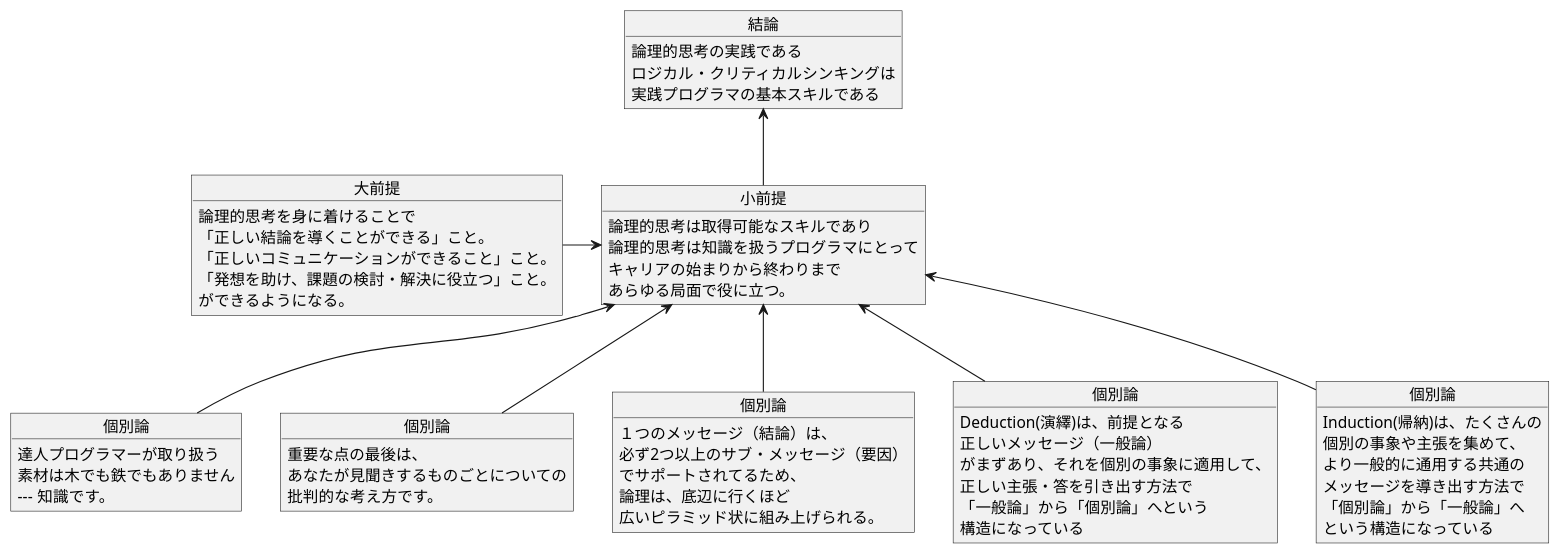
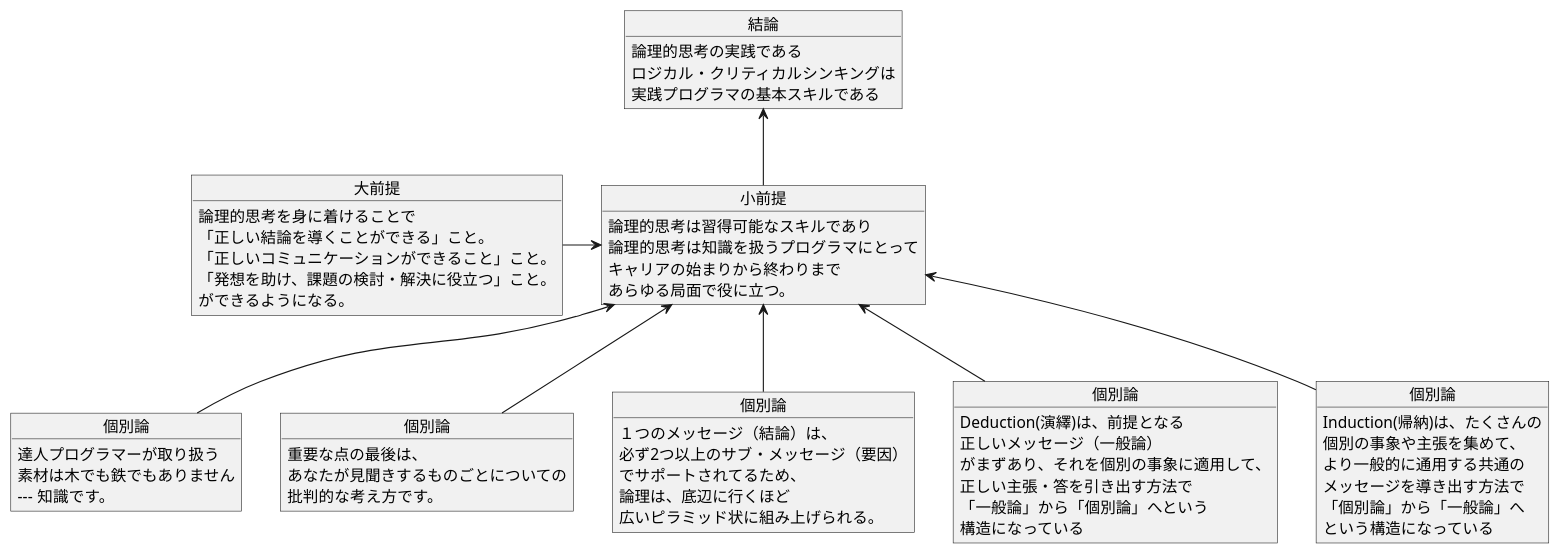
Before and after one commit to k2works/pragmatic-presentation-exercise-2024: diagram 30 of 30 in docs/slides/WIP.md, drawn with PlantUML. The commit also changed other lines of this file and 1 other file, not shown here.

````diff
--- a/docs/slides/WIP.md
+++ b/docs/slides/WIP.md
@@ -1096,66 +1096,66 @@
 ```plantuml
 @startuml
 
 object "結論" as A {
 	論理的思考の実践である
   ロジカル・クリティカルシンキングは
 	実践プログラマの基本スキルである
 }
 object "小前提" as B {
-	論理的思考は取得可能なスキルであり
+	論理的思考は習得可能なスキルであり
 	論理的思考は知識を扱うプログラマにとって
 	キャリアの始まりから終わりまで
 	あらゆる局面で役に立つ。
 }
 object "大前提" as C {
 	論理的思考を身に着けることで
 	「正しい結論を導くことができる」こと。
 	「正しいコミュニケーションができること」こと。
 	「発想を助け、課題の検討・解決に役立つ」こと。
   ができるようになる。
 }
 A <-- B
 C -> B
 
 object "個別論" as B_1 {
    達人プログラマーが取り扱う
 	 素材は木でも鉄でもありません
    --- 知識です。
 }
 object "個別論" as B_2 {
    重要な点の最後は、
 	 あなたが見聞きするものごとについての
 	 批判的な考え方です。
 }
 object "個別論" as B_3 {
 	１つのメッセージ（結論）は、
 	必ず2つ以上のサブ・メッセージ（要因）
 	でサポートされてるため、
 	論理は、底辺に行くほど
 	広いピラミッド状に組み上げられる。
 }
 object "個別論" as B_4 {
 	Deduction(演繹)は、前提となる
 	正しいメッセージ（一般論）
 	がまずあり、それを個別の事象に適用して、
 	正しい主張・答を引き出す方法で
 	「一般論」から「個別論」へという
 	構造になっている
 }
 object "個別論" as B_5 {
 	Induction(帰納)は、たくさんの
 	個別の事象や主張を集めて、
 	より一般的に通用する共通の
 	メッセージを導き出す方法で
 	「個別論」から「一般論」へ
 	という構造になっている
 }
 
 B <-- B_1
 B <-- B_2
 B <-- B_3
 B <-- B_4
 B <-- B_5
 
 @enduml
 ```
````
